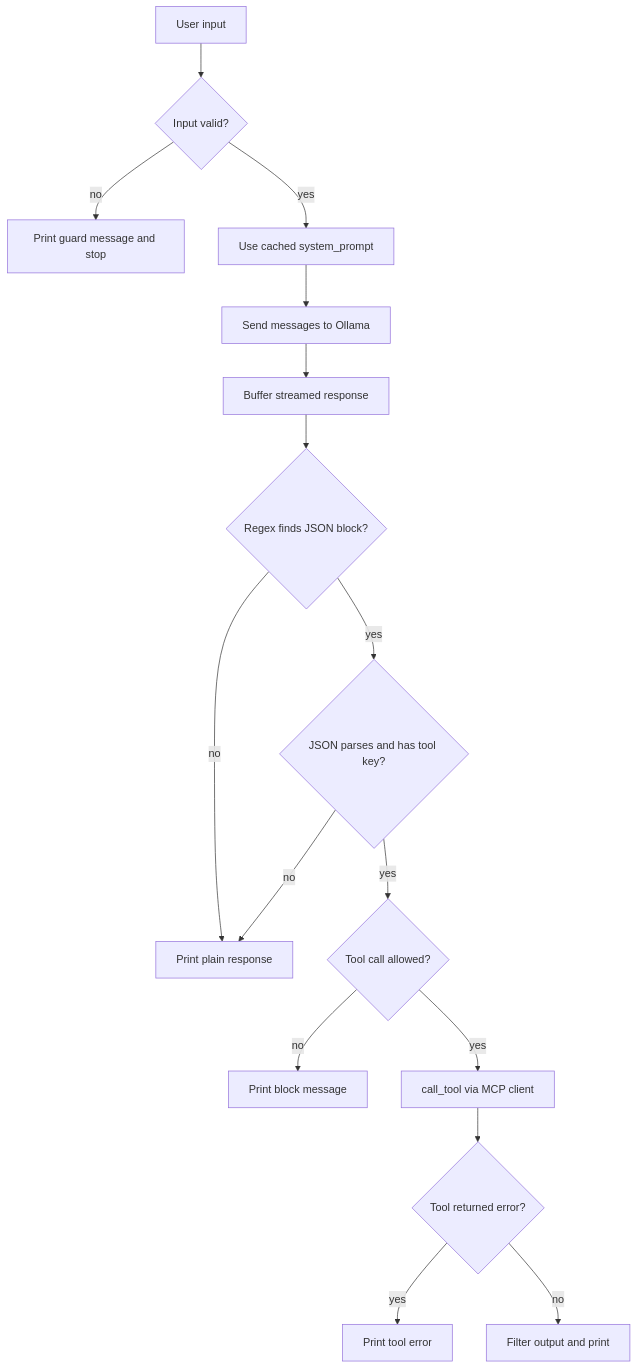
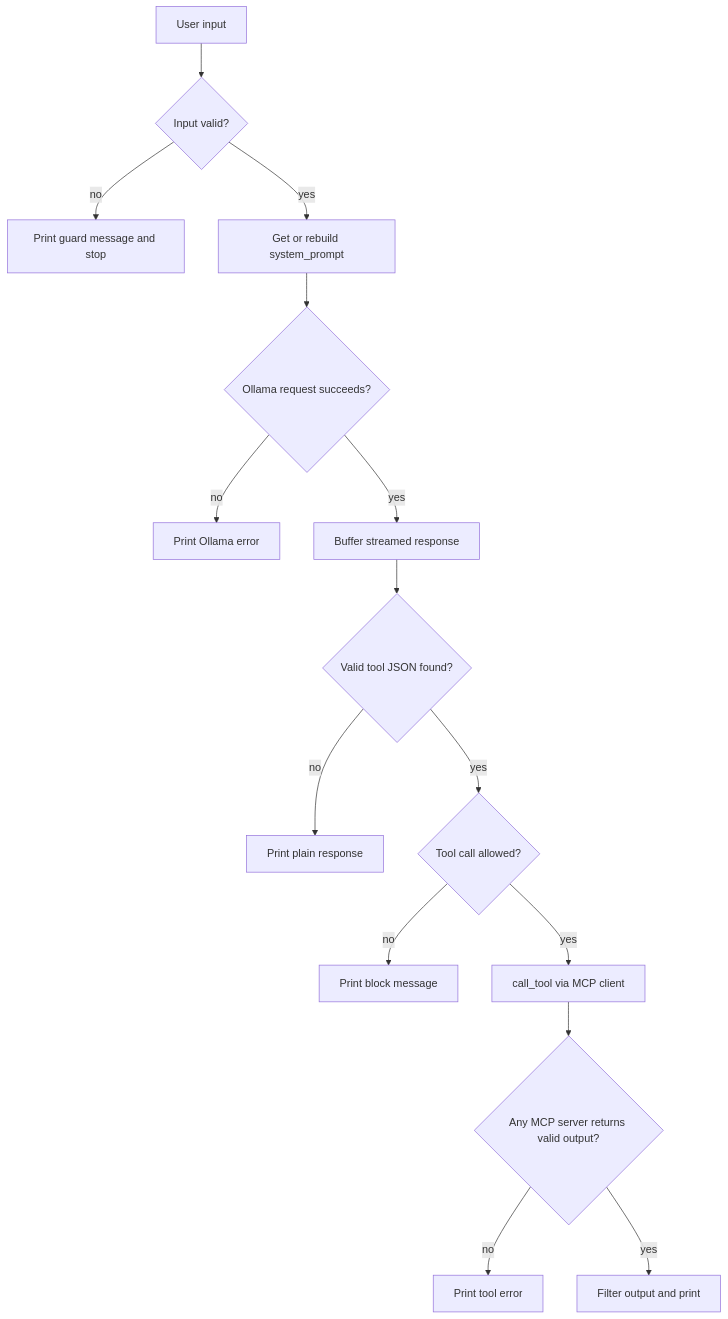
One commit to soorajrs409/e-agent changed the fourth of 5 diagrams in docs/ARCHITECTURE.md. Above: the diagram before and after it, drawn with Mermaid. The commit also changed other lines of this file and 6 other files, not shown here.

````diff
--- a/docs/ARCHITECTURE.md
+++ b/docs/ARCHITECTURE.md
@@ -87,18 +99,17 @@
 ```mermaid
 flowchart TD
     A[User input] --> B{Input valid?}
     B -- no --> C[Print guard message and stop]
-    B -- yes --> D[Use cached system_prompt]
-    D --> E[Send messages to Ollama]
-    E --> F[Buffer streamed response]
-    F --> G{Regex finds JSON block?}
-    G -- no --> H[Print plain response]
-    G -- yes --> I{JSON parses and has tool key?}
-    I -- no --> H
-    I -- yes --> J{Tool call allowed?}
+    B -- yes --> D[Get or rebuild system_prompt]
+    D --> E{Ollama request succeeds?}
+    E -- no --> F[Print Ollama error]
+    E -- yes --> G[Buffer streamed response]
+    G --> H{Valid tool JSON found?}
+    H -- no --> I[Print plain response]
+    H -- yes --> J{Tool call allowed?}
     J -- no --> K[Print block message]
     J -- yes --> L[call_tool via MCP client]
-    L --> M{Tool returned error?}
-    M -- yes --> N[Print tool error]
-    M -- no --> O[Filter output and print]
+    L --> M{Any MCP server returns valid output?}
+    M -- no --> N[Print tool error]
+    M -- yes --> O[Filter output and print]
 ```
````
